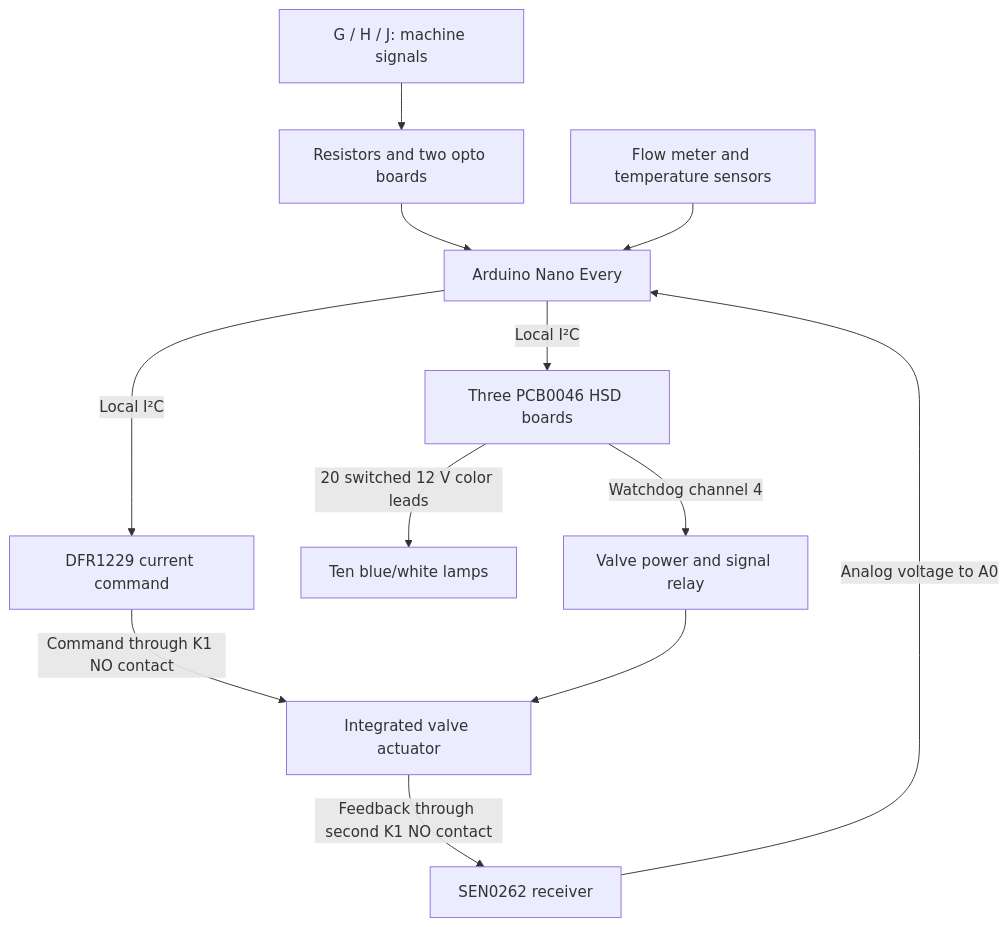
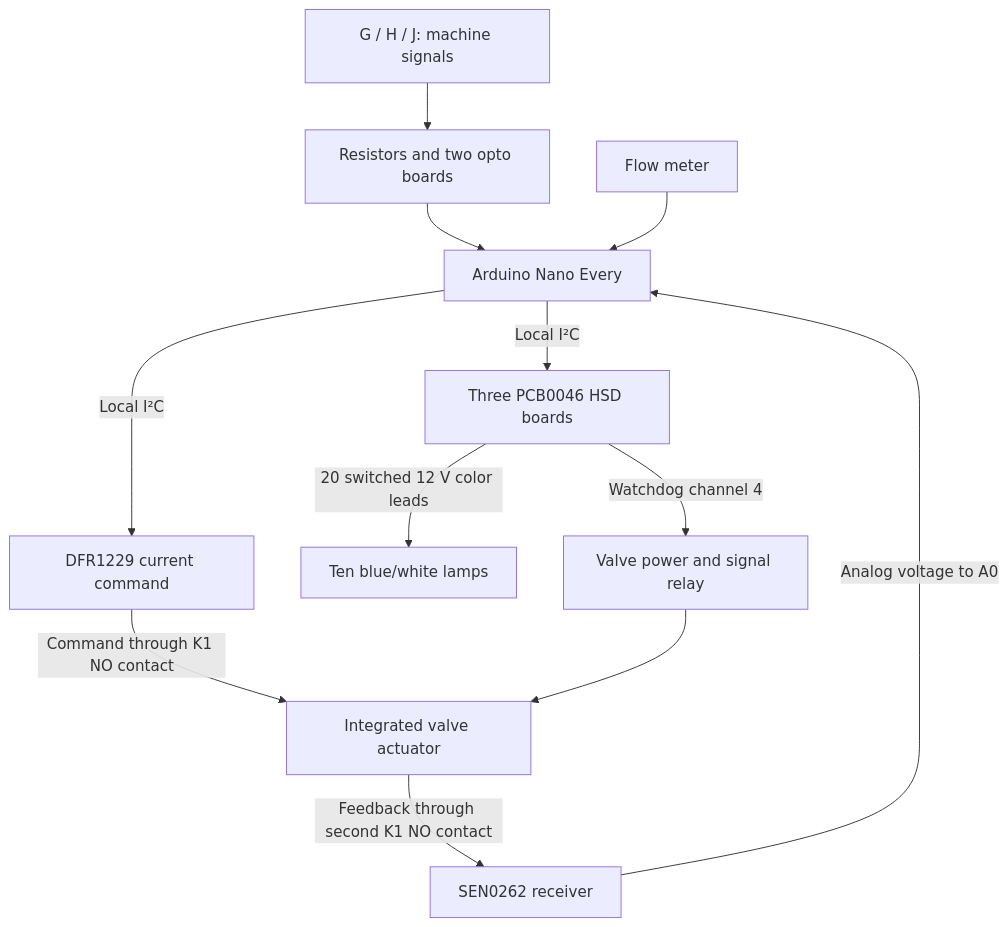
The first of 2 diagrams in docs/connections.md (aeae1/Rock-Saw-Water-Control), drawn with Mermaid before and after one commit. The commit also changed other lines of this file and 50 other files, not shown here.

First line of the commit message:
Remove external temperature sensing and publish complete single-page Revision D schematic

````diff
--- a/docs/connections.md
+++ b/docs/connections.md
@@ -9,14 +9,14 @@
 ```mermaid
 flowchart TD
     I["G / H / J: machine signals"] --> Q["Resistors and two opto boards"]
     Q --> C["Arduino Nano Every"]
     C -->|"Local I²C"| D["DFR1229 current command"]
     D -->|"Command through K1 NO contact"| V["Integrated valve actuator"]
     V -->|"Feedback through second K1 NO contact"| R["SEN0262 receiver"]
     R -->|"Analog voltage to A0"| C
     C -->|"Local I²C"| H["Three PCB0046 HSD boards"]
     H -->|"20 switched 12 V color leads"| L["Ten blue/white lamps"]
     H -->|"Watchdog channel 4"| P["Valve power and signal relay"]
     P --> V
-    F["Flow meter and temperature sensors"] --> C
+    F["Flow meter"] --> C
 ```
````
